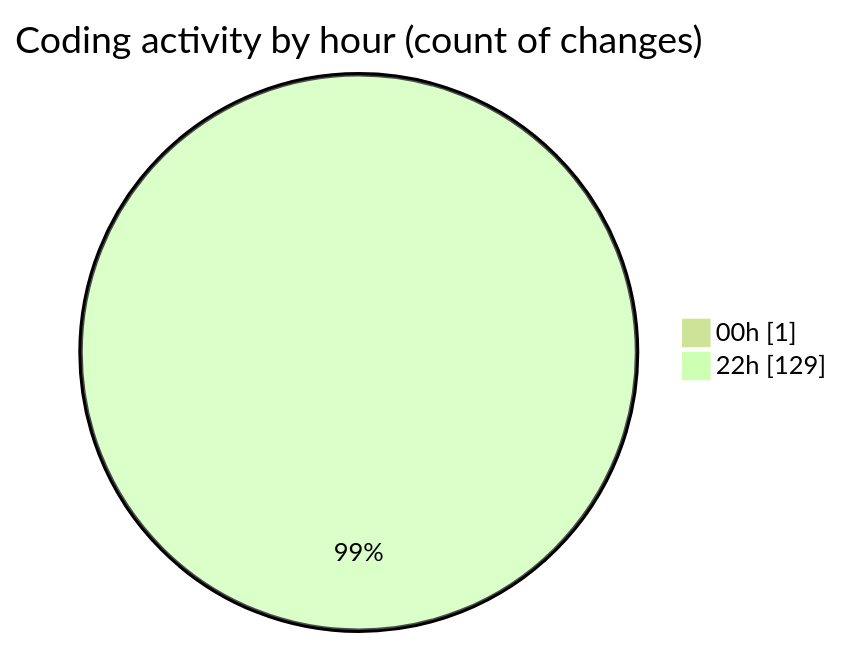
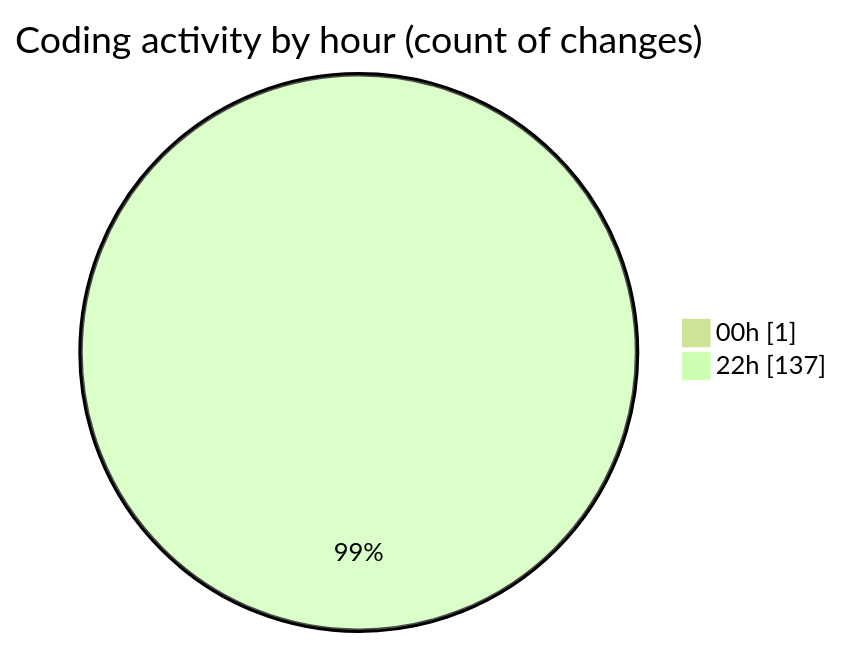
The second of 2 diagrams in 2025-08-04/javascript/README.md (Ritupan-Deka/code-tracking), drawn with Mermaid (forest theme) before and after one commit. The commit also changed other lines of this file and 1 other file, not shown here.

````diff
--- a/2025-08-04/javascript/README.md
+++ b/2025-08-04/javascript/README.md
@@ -28,6 +28,6 @@
 ```mermaid
 pie showData
 title Coding activity by hour (count of changes)
 "00h" : 1
-"22h" : 129
+"22h" : 137
 ```
````
